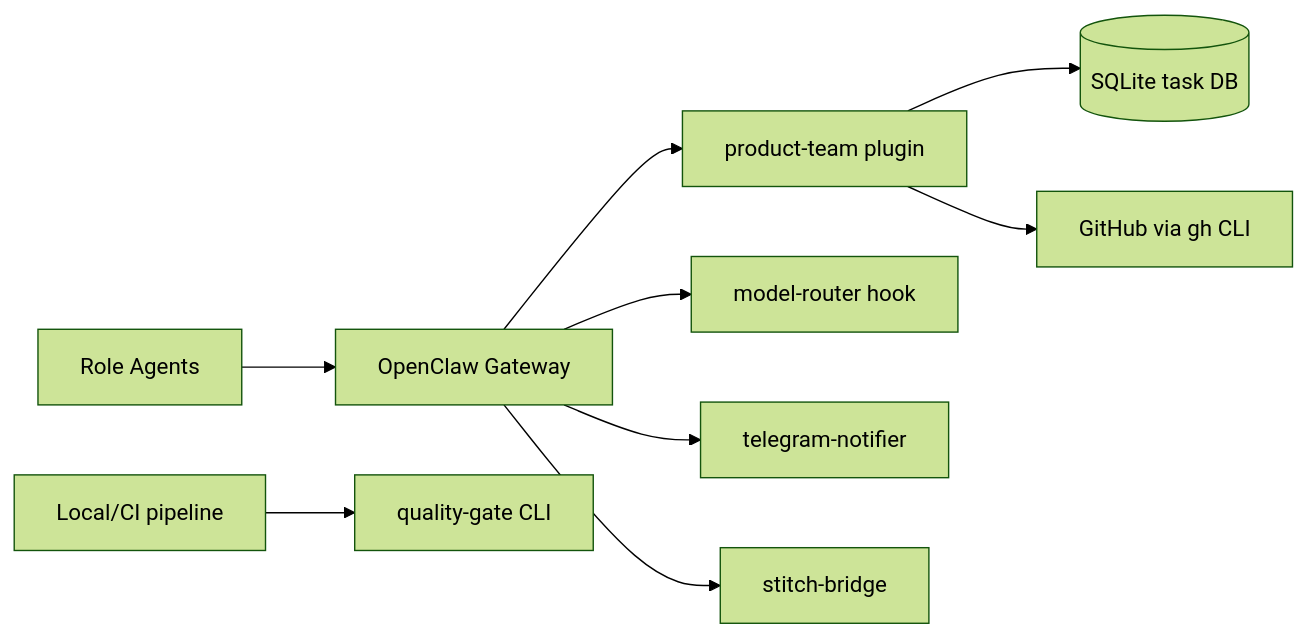
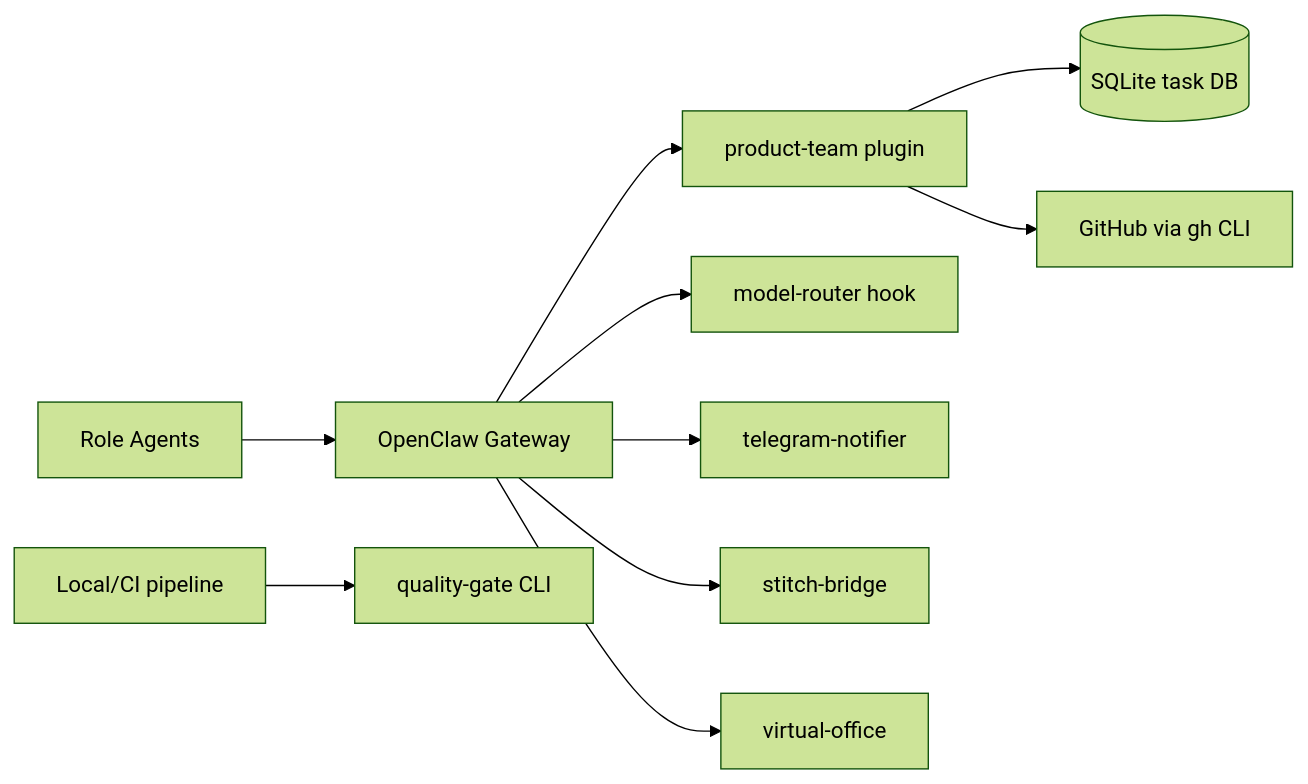
Before and after one commit to Monkey-D-Luisi/vibe-flow: the diagram in README.md, drawn with Mermaid (forest theme). The commit also changed other lines of this file and 3 other files, not shown here.

````diff
--- a/README.md
+++ b/README.md
@@ -38,11 +38,12 @@
 ```mermaid
 flowchart LR
   AG[Role Agents] --> OC[OpenClaw Gateway]
   OC --> PT[product-team plugin]
   OC --> MR[model-router hook]
   OC --> TN[telegram-notifier]
   OC --> SB[stitch-bridge]
+  OC --> VO[virtual-office]
   PT --> DB[(SQLite task DB)]
   PT --> GH[GitHub via gh CLI]
   CI[Local/CI pipeline] --> QG[quality-gate CLI]
 ```
````
